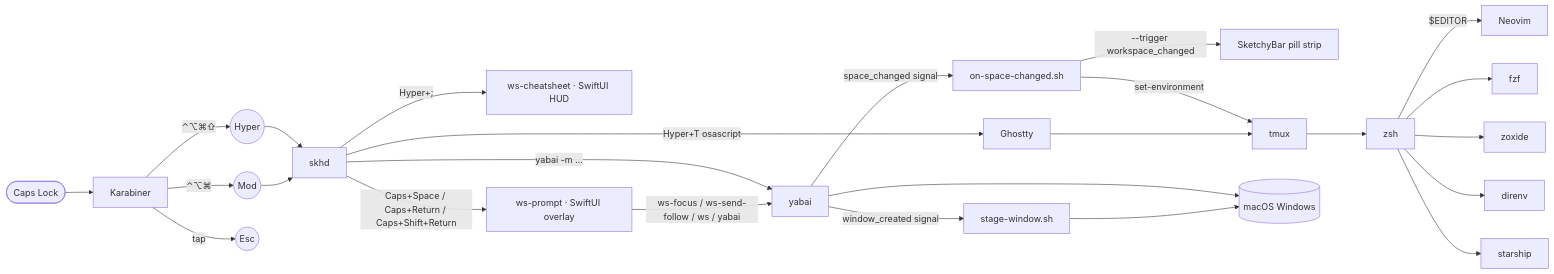
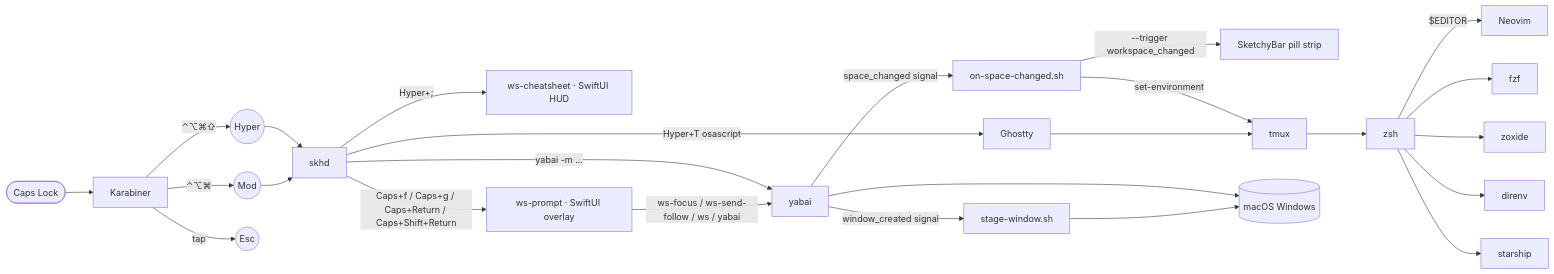
The first of 2 diagrams in docs/architecture.md (adames/dotfiles), drawn with Mermaid before and after one commit. The commit also changed other lines of this file and 9 other files, not shown here.

First line of the commit message:
skhdrc: workspace prompts on Caps+f/g, float on Caps+v (was: f/space/return)

````diff
--- a/docs/architecture.md
+++ b/docs/architecture.md
@@ -7,27 +7,27 @@
 ```mermaid
 graph LR
   CapsLock([Caps Lock]) --> Karabiner
   Karabiner -->|"⌃⌥⌘⇧"| Hyper((Hyper))
   Karabiner -->|"⌃⌥⌘"| Mod((Mod))
   Karabiner -->|tap| Esc((Esc))
 
   Hyper --> skhd
   Mod --> skhd
   skhd -->|"yabai -m ..."| yabai
   skhd -->|Hyper+T osascript| Ghostty
   skhd -->|Hyper+;| WSCheatsheet[ws-cheatsheet · SwiftUI HUD]
-  skhd -->|Caps+Space / Caps+Return / Caps+Shift+Return| WSPrompt[ws-prompt · SwiftUI overlay]
+  skhd -->|Caps+f / Caps+g / Caps+Return / Caps+Shift+Return| WSPrompt[ws-prompt · SwiftUI overlay]
   WSPrompt -->|ws-focus / ws-send-follow / ws / yabai| yabai
   yabai -->|window_created signal| WSStage[stage-window.sh]
   yabai -->|space_changed signal| WorkspaceHandler[on-space-changed.sh]
   WorkspaceHandler -->|--trigger workspace_changed| SketchyBar[SketchyBar pill strip]
   WorkspaceHandler -->|set-environment| tmux
 
   yabai --> Windows[(macOS Windows)]
   WSStage --> Windows
 
   Ghostty --> tmux
   tmux --> zsh
   zsh -->|"$EDITOR"| Neovim
   zsh --> fzf & zoxide & direnv & starship
 ```
````
